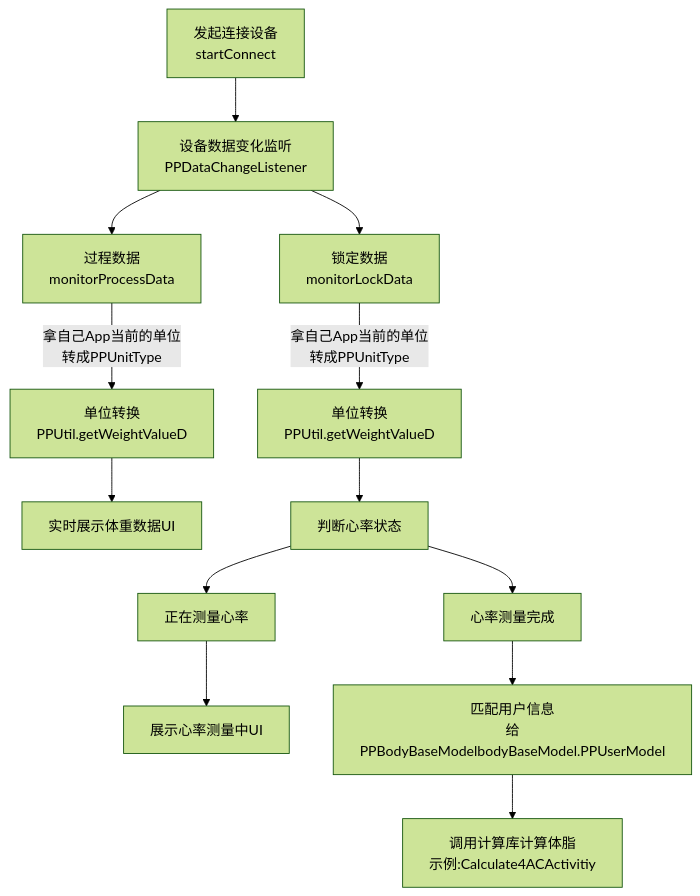
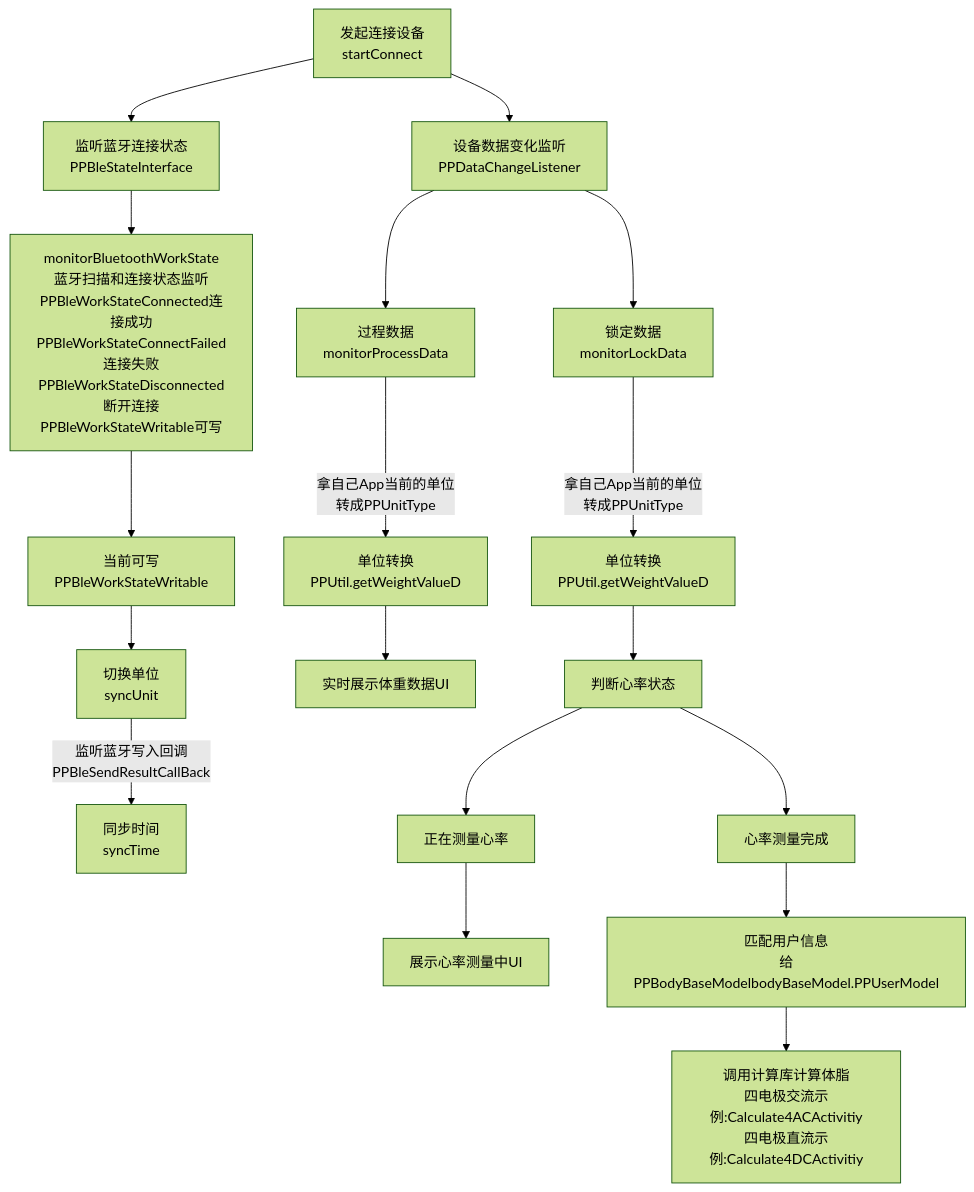
One commit to LefuHengqi/BluetoothKit-AndroidDemo changed the third of 18 diagrams in README.md. Above: the diagram before and after it, drawn with Mermaid (forest theme). The commit also changed other lines of this file, not shown here.

````diff
--- a/README.md
+++ b/README.md
@@ -430,11 +440,15 @@
 ```mermaid  
 graph TD  
-A[发起连接设备<br>startConnect]-->F[设备数据变化监听<br>PPDataChangeListener]
+A[发起连接设备<br>startConnect]-->B[监听蓝牙连接状态<br>PPBleStateInterface]
+B-->B1[monitorBluetoothWorkState<br>蓝牙扫描和连接状态监听<br>PPBleWorkStateConnected连接成功<br>PPBleWorkStateConnectFailed连接失败<br>PPBleWorkStateDisconnected断开连接<br>PPBleWorkStateWritable可写]
+B1-->C2[当前可写<br>PPBleWorkStateWritable] --> D[切换单位<br>syncUnit]
+D[切换单位<br>syncUnit]--监听蓝牙写入回调<br>PPBleSendResultCallBack-->D1[同步时间<br>syncTime]
+
+A-->F[设备数据变化监听<br>PPDataChangeListener]
 F[设备数据变化监听<br>PPDataChangeListener]-->G1[过程数据<br>monitorProcessData]
 F[设备数据变化监听<br>PPDataChangeListener]-->G2[锁定数据<br>monitorLockData]
 G1--拿自己App当前的单位<br>转成PPUnitType-->H1[单位转换<br>PPUtil.getWeightValueD]-->I1[实时展示体重数据UI]
 G2--拿自己App当前的单位<br>转成PPUnitType-->H2[单位转换<br>PPUtil.getWeightValueD]-->I2[判断心率状态]
 I2[判断心率状态]-->J1[正在测量心率]-->K1[展示心率测量中UI]
-I2[判断心率状态]-->J2[心率测量完成]-->K2[匹配用户信息<br>给PPBodyBaseModelbodyBaseModel.PPUserModel]-->L[调用计算库计算体脂<br>示例:Calculate4ACActivitiy]
-
+I2[判断心率状态]-->J2[心率测量完成]-->K2[匹配用户信息<br>给PPBodyBaseModelbodyBaseModel.PPUserModel]-->L[调用计算库计算体脂<br>四电极交流示例:Calculate4ACActivitiy<br>四电极直流示例:Calculate4DCActivitiy]
 ```
````
